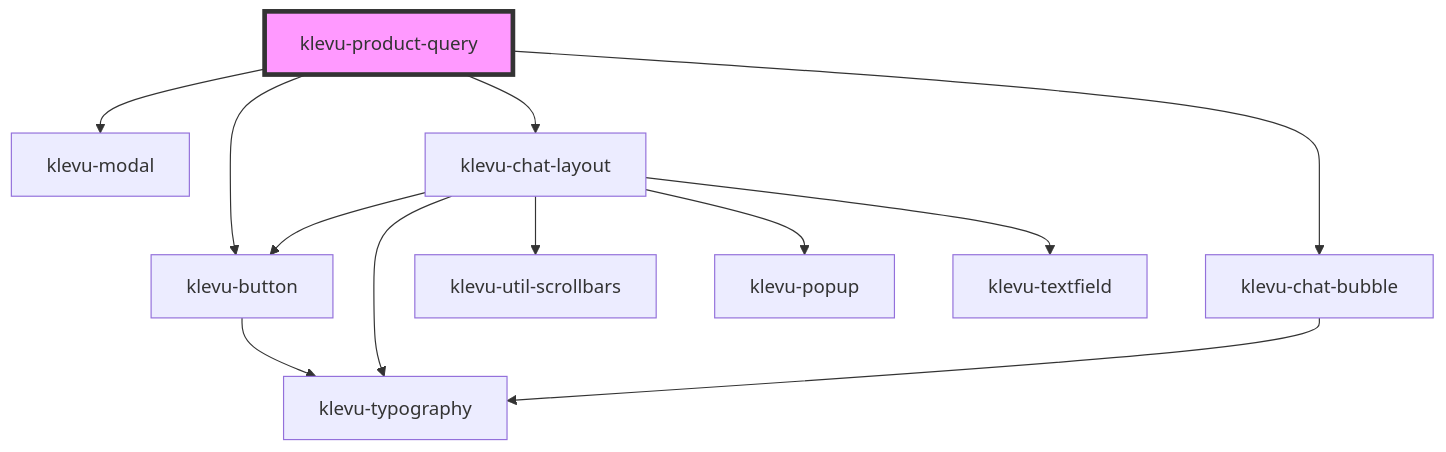
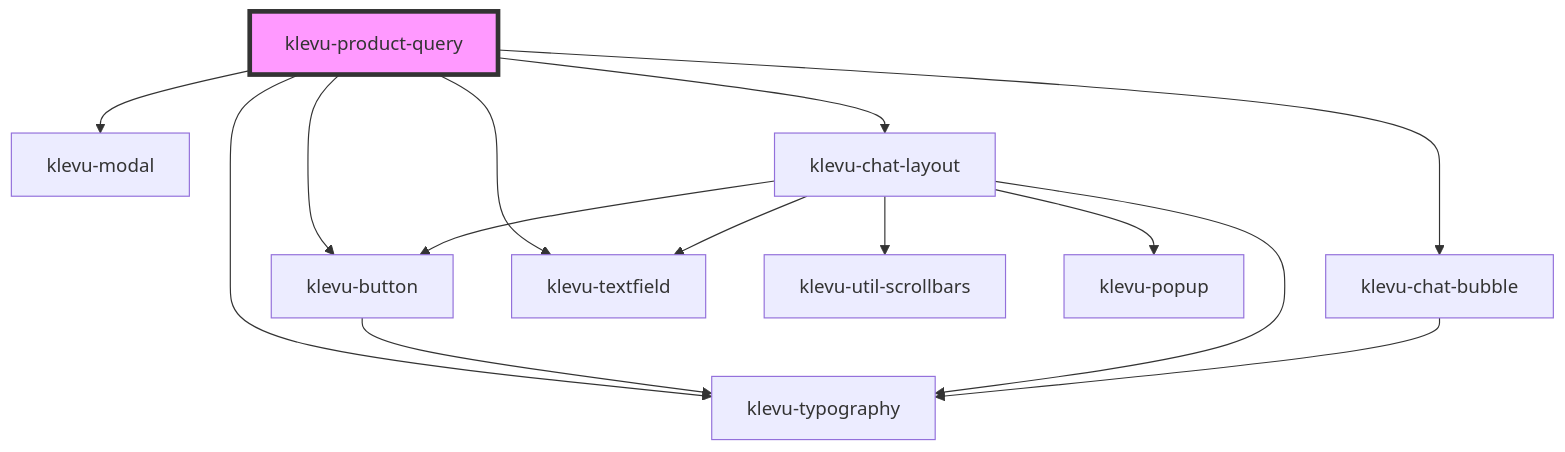
Before and after one commit to klevultd/frontend-sdk: the diagram in packages/klevu-ui/src/components/klevu-product-query/readme.md, drawn with Mermaid. The commit also changed other lines of this file and 12 other files, not shown here.

````diff
--- a/packages/klevu-ui/src/components/klevu-product-query/readme.md
+++ b/packages/klevu-ui/src/components/klevu-product-query/readme.md
@@ -18,15 +27,17 @@
 ```mermaid
 graph TD;
   klevu-product-query --> klevu-button
   klevu-product-query --> klevu-modal
+  klevu-product-query --> klevu-typography
   klevu-product-query --> klevu-chat-layout
   klevu-product-query --> klevu-chat-bubble
+  klevu-product-query --> klevu-textfield
   klevu-button --> klevu-typography
   klevu-chat-layout --> klevu-typography
   klevu-chat-layout --> klevu-button
   klevu-chat-layout --> klevu-util-scrollbars
   klevu-chat-layout --> klevu-popup
   klevu-chat-layout --> klevu-textfield
   klevu-chat-bubble --> klevu-typography
   style klevu-product-query fill:#f9f,stroke:#333,stroke-width:4px
 ```
````
